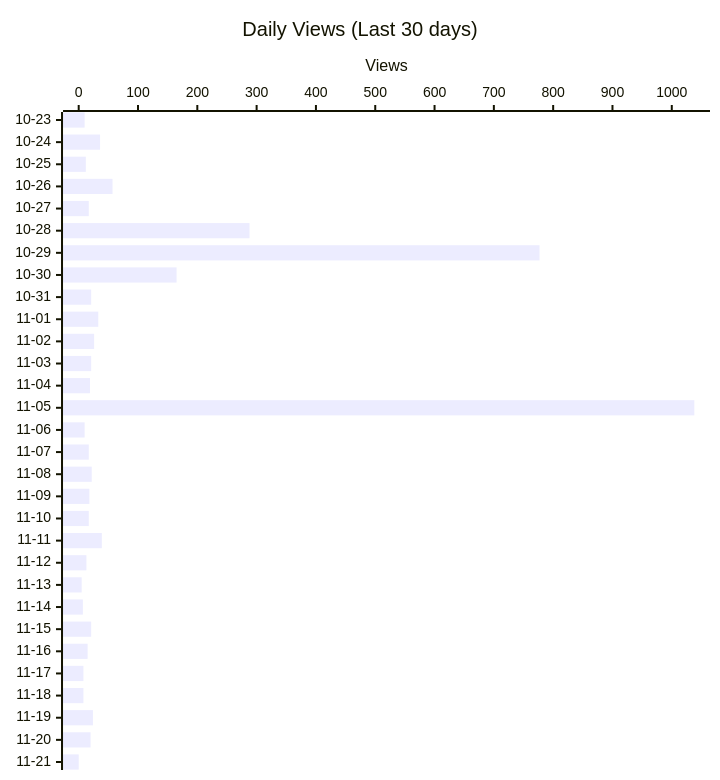
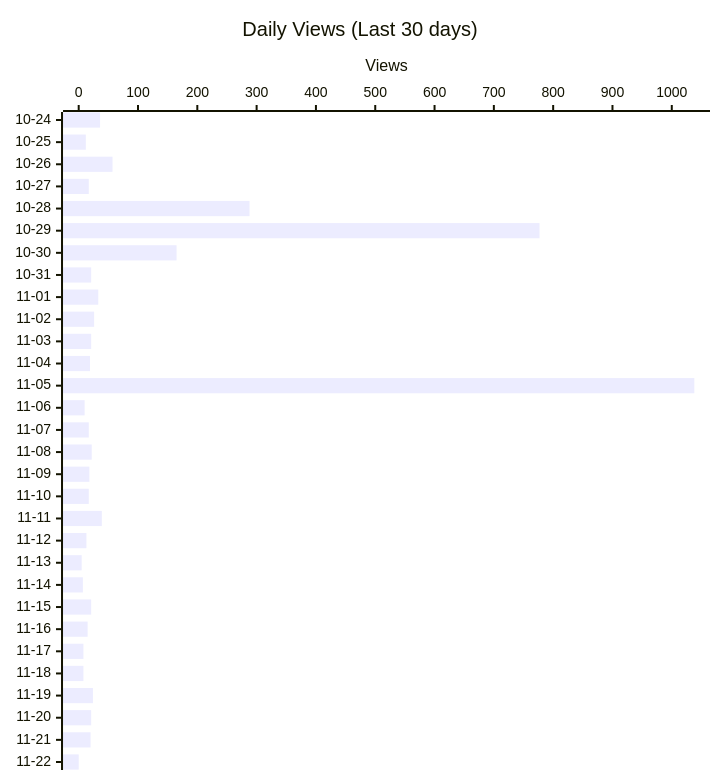
Before and after one commit to shigechika/github-insights: the second of 4 diagrams in README.md, drawn with Mermaid. The commit also changed other lines of this file and 1 other file, not shown here.

````diff
--- a/README.md
+++ b/README.md
@@ -28,12 +28,12 @@
 ```mermaid
 ---
 config:
   xyChart:
     height: 760
 ---
 xychart-beta horizontal
     title "Daily Views (Last 30 days)"
-    x-axis ["10-23", "10-24", "10-25", "10-26", "10-27", "10-28", "10-29", "10-30", "10-31", "11-01", "11-02", "11-03", "11-04", "11-05", "11-06", "11-07", "11-08", "11-09", "11-10", "11-11", "11-12", "11-13", "11-14", "11-15", "11-16", "11-17", "11-18", "11-19", "11-20", "11-21"]
+    x-axis ["10-24", "10-25", "10-26", "10-27", "10-28", "10-29", "10-30", "10-31", "11-01", "11-02", "11-03", "11-04", "11-05", "11-06", "11-07", "11-08", "11-09", "11-10", "11-11", "11-12", "11-13", "11-14", "11-15", "11-16", "11-17", "11-18", "11-19", "11-20", "11-21", "11-22"]
     y-axis "Views"
-    bar [10, 36, 12, 57, 17, 288, 777, 165, 21, 33, 26, 21, 19, 1038, 10, 17, 22, 18, 17, 39, 13, 5, 7, 21, 15, 8, 8, 24, 20, 0]
+    bar [36, 12, 57, 17, 288, 777, 165, 21, 33, 26, 21, 19, 1038, 10, 17, 22, 18, 17, 39, 13, 5, 7, 21, 15, 8, 8, 24, 21, 20, 0]
 ```
````
